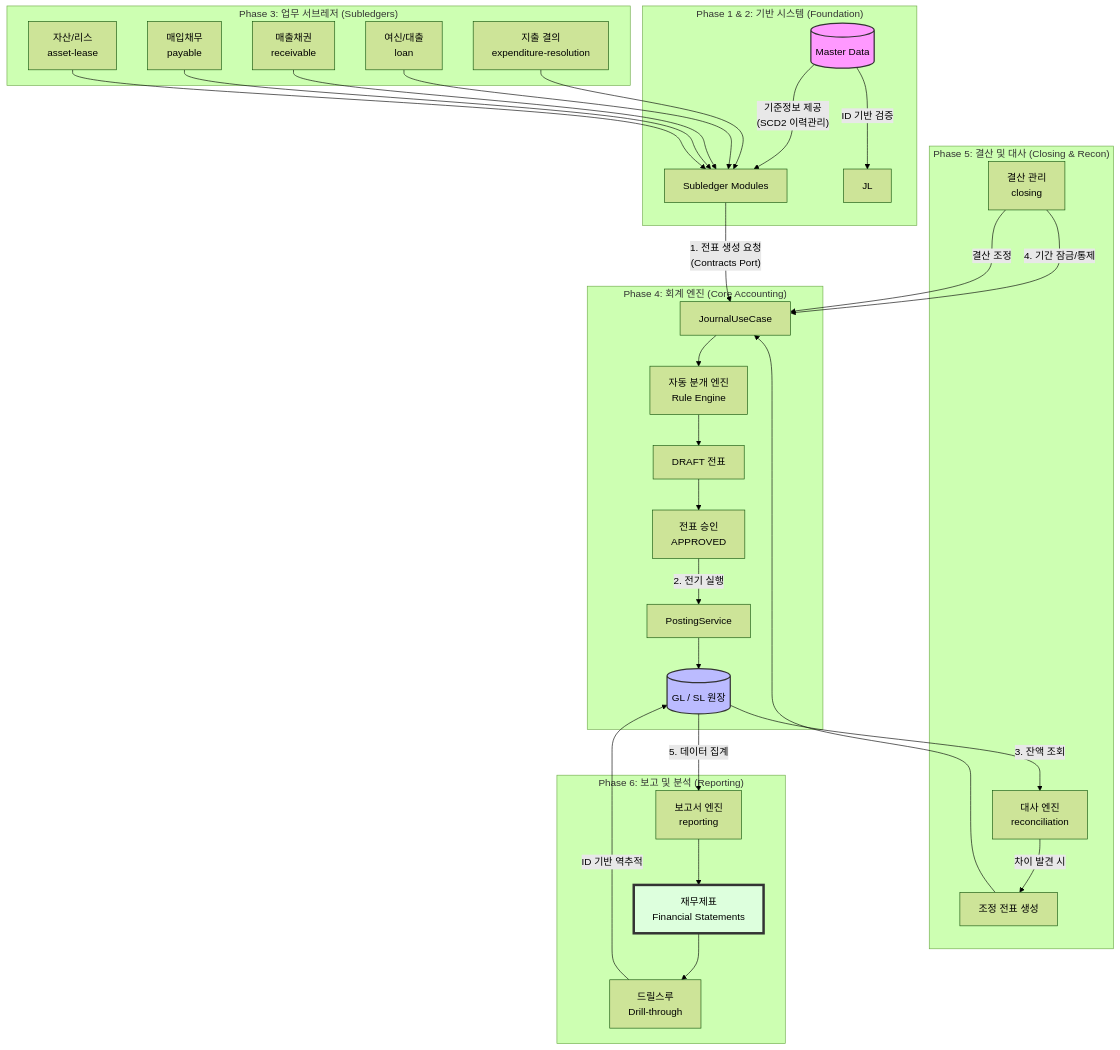
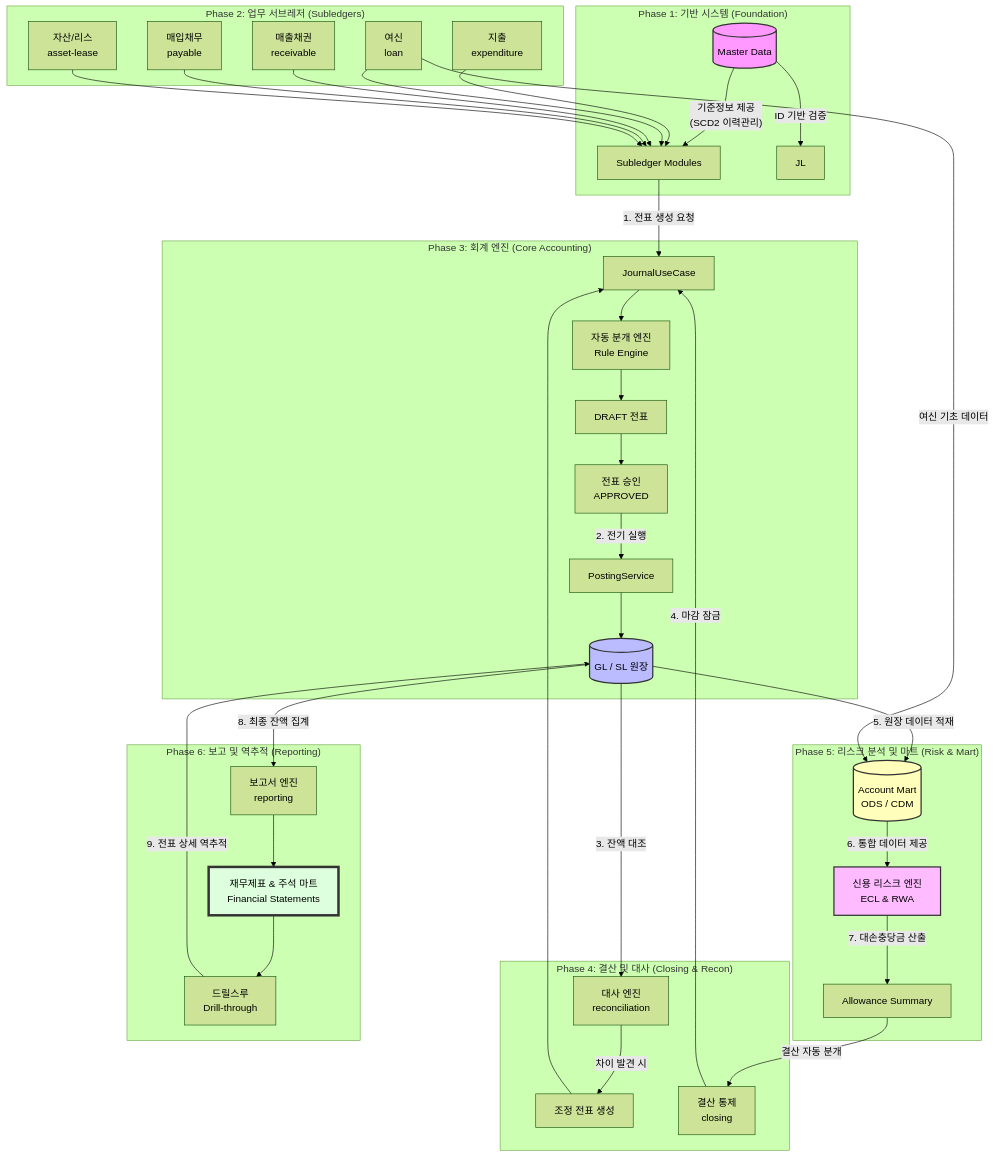
Before and after one commit to skyg547/account: the diagram in docs/comprehensive-business-flow.md, drawn with Mermaid (forest theme). The commit also changed other lines of this file and 2 other files, not shown here.

Commit message:
docs: 전사 업무 프로세스 흐름도 고도화 및 ECL, Mart 모듈 문서에 Mermaid 다이어그램 추가

````diff
--- a/docs/comprehensive-business-flow.md
+++ b/docs/comprehensive-business-flow.md
@@ -9,46 +9,57 @@
 ```mermaid
 flowchart TD
-    subgraph "Phase 1 & 2: 기반 시스템 (Foundation)"
+    subgraph "Phase 1: 기반 시스템 (Foundation)"
         MD[(Master Data)] -- "기준정보 제공\n(SCD2 이력관리)" --> SL
         MD -- "ID 기반 검증" --> JL
     end
 
-    subgraph "Phase 3: 업무 서브레저 (Subledgers)"
+    subgraph "Phase 2: 업무 서브레저 (Subledgers)"
         SL[Subledger Modules]
-        EX[지출 결의\nexpenditure-resolution] --> SL
-        LN[여신/대출\nloan] --> SL
+        EX[지출\nexpenditure] --> SL
+        LN[여신\nloan] --> SL
         AR[매출채권\nreceivable] --> SL
         AP[매입채무\npayable] --> SL
         AS[자산/리스\nasset-lease] --> SL
     end
 
-    subgraph "Phase 4: 회계 엔진 (Core Accounting)"
-        SL -- "1. 전표 생성 요청\n(Contracts Port)" --> JL_USE[JournalUseCase]
+    subgraph "Phase 3: 회계 엔진 (Core Accounting)"
+        SL -- "1. 전표 생성 요청" --> JL_USE[JournalUseCase]
         JL_USE --> RE[자동 분개 엔진\nRule Engine]
         RE --> DRAFT[DRAFT 전표]
         DRAFT --> APP[전표 승인\nAPPROVED]
         APP -- "2. 전기 실행" --> POST[PostingService]
         POST --> GL_SL[(GL / SL 원장)]
     end
 
-    subgraph "Phase 5: 결산 및 대사 (Closing & Recon)"
-        GL_SL -- "3. 잔액 조회" --> RC[대사 엔진\nreconciliation]
+    subgraph "Phase 4: 결산 및 대사 (Closing & Recon)"
+        GL_SL -- "3. 잔액 대조" --> RC[대사 엔진\nreconciliation]
         RC -- "차이 발견 시" --> ADJ[조정 전표 생성]
         ADJ --> JL_USE
 
-        CL[결산 관리\nclosing] -- "4. 기간 잠금/통제" --> JL_USE
-        CL -- "결산 조정" --> JL_USE
+        CL[결산 통제\nclosing] -- "4. 마감 잠금" --> JL_USE
     end
 
-    subgraph "Phase 6: 보고 및 분석 (Reporting)"
-        GL_SL -- "5. 데이터 집계" --> RP[보고서 엔진\nreporting]
-        RP --> FS[재무제표\nFinancial Statements]
-        FS --> DT[드릴스루\nDrill-through]
-        DT -- "ID 기반 역추적" --> GL_SL
+    subgraph "Phase 5: 리스크 분석 및 마트 (Risk & Mart)"
+        GL_SL -- "5. 원장 데이터 적재" --> MART[(Account Mart\nODS / CDM)]
+        LN -- "여신 기초 데이터" --> MART
+        
+        MART -- "6. 통합 데이터 제공" --> ECL_ENG[신용 리스크 엔진\nECL & RWA]
+        ECL_ENG -- "7. 대손충당금 산출" --> ECL_SUM[Allowance Summary]
+        
+        ECL_SUM -- "결산 자동 분개" --> CL
     end
 
-    %% 스타일링
+    subgraph "Phase 6: 보고 및 역추적 (Reporting)"
+        GL_SL -- "8. 최종 잔액 집계" --> RP[보고서 엔진\nreporting]
+        RP --> FS[재무제표 & 주석 마트\nFinancial Statements]
+        FS --> DT[드릴스루\nDrill-through]
+        DT -- "9. 전표 상세 역추적" --> GL_SL
+    end
+
+    %% 연결선 및 스타일링
     style MD fill:#f9f,stroke:#333,stroke-width:2px
     style GL_SL fill:#bbf,stroke:#333,stroke-width:2px
+    style MART fill:#ffb,stroke:#333,stroke-width:2px
+    style ECL_ENG fill:#fbf,stroke:#333,stroke-width:2px
     style FS fill:#dfd,stroke:#333,stroke-width:4px
 ```
````
